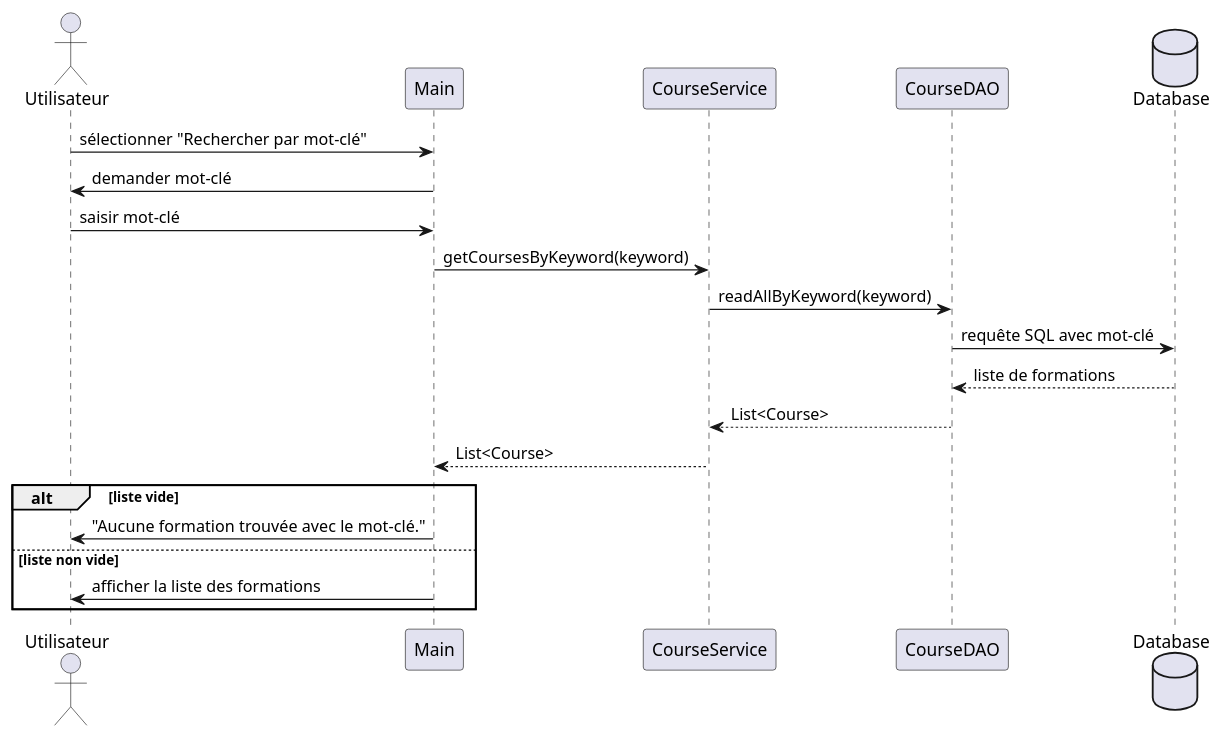
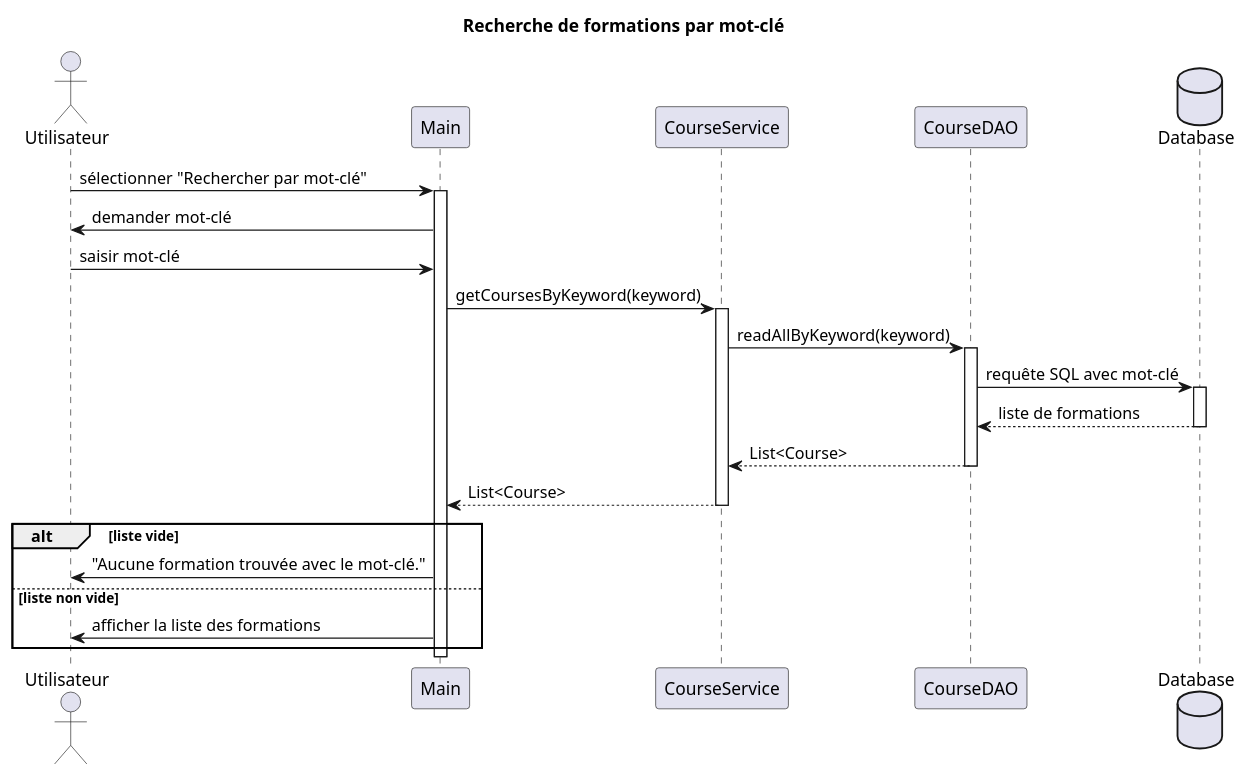
One commit to AmandineGrardLaurent/JavaEvaluationBusiness changed the diagram in docs/sequence_diagrams/sequence_diagram_recherche_par_mot_cle.puml. Above: the diagram before and after it, drawn with PlantUML.

Commit message:
Add lifelines to sequence_diagram_recherche_par_mot_cle.puml

```diff
--- a/docs/sequence_diagrams/sequence_diagram_recherche_par_mot_cle.puml
+++ b/docs/sequence_diagrams/sequence_diagram_recherche_par_mot_cle.puml
@@ -1,24 +1,40 @@
 @startuml diagram sequence- recherche par mot-clé
+title Recherche de formations par mot-clé
+
 actor Utilisateur
 participant "Main" as Main
 participant "CourseService" as CourseService
 participant "CourseDAO" as CourseDAO
 database "Database" as DB
 
 Utilisateur -> Main : sélectionner "Rechercher par mot-clé"
+activate Main
 Main -> Utilisateur : demander mot-clé
 Utilisateur -> Main : saisir mot-clé
 
 Main -> CourseService : getCoursesByKeyword(keyword)
+activate CourseService
+
 CourseService -> CourseDAO : readAllByKeyword(keyword)
+activate CourseDAO
+
 CourseDAO -> DB : requête SQL avec mot-clé
+activate DB
+
 DB --> CourseDAO : liste de formations
+deactivate DB
+
 CourseDAO --> CourseService : List<Course>
+deactivate CourseDAO
+
 CourseService --> Main : List<Course>
+deactivate CourseService
 
 alt liste vide
     Main -> Utilisateur : "Aucune formation trouvée avec le mot-clé."
 else liste non vide
     Main -> Utilisateur : afficher la liste des formations
 end
+
+deactivate Main
 @enduml
```
